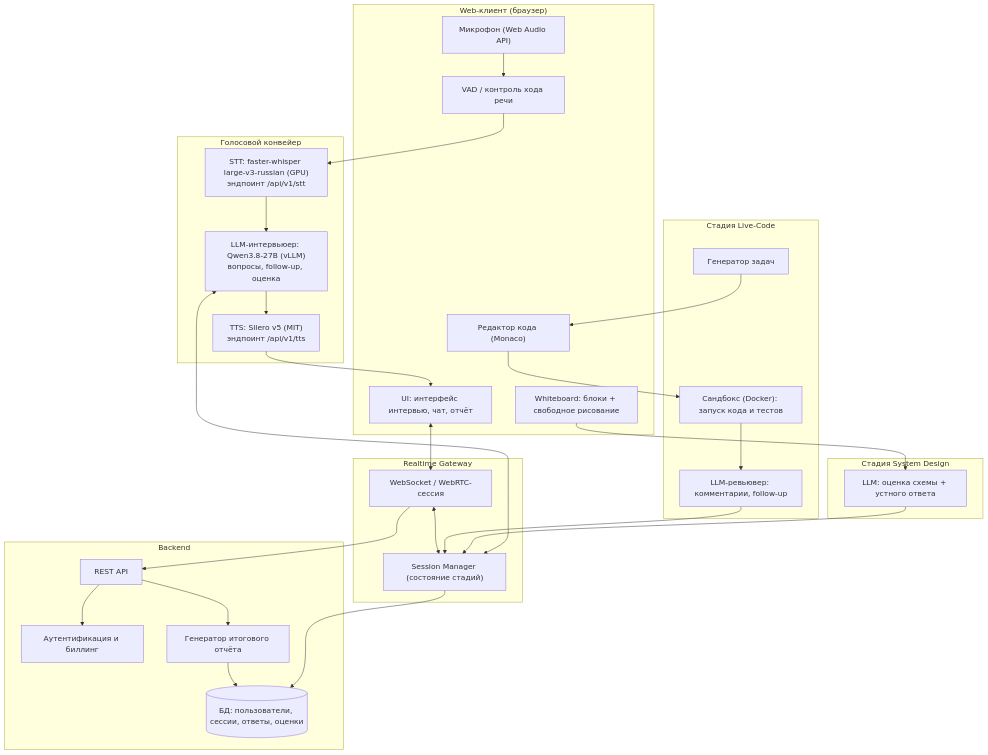
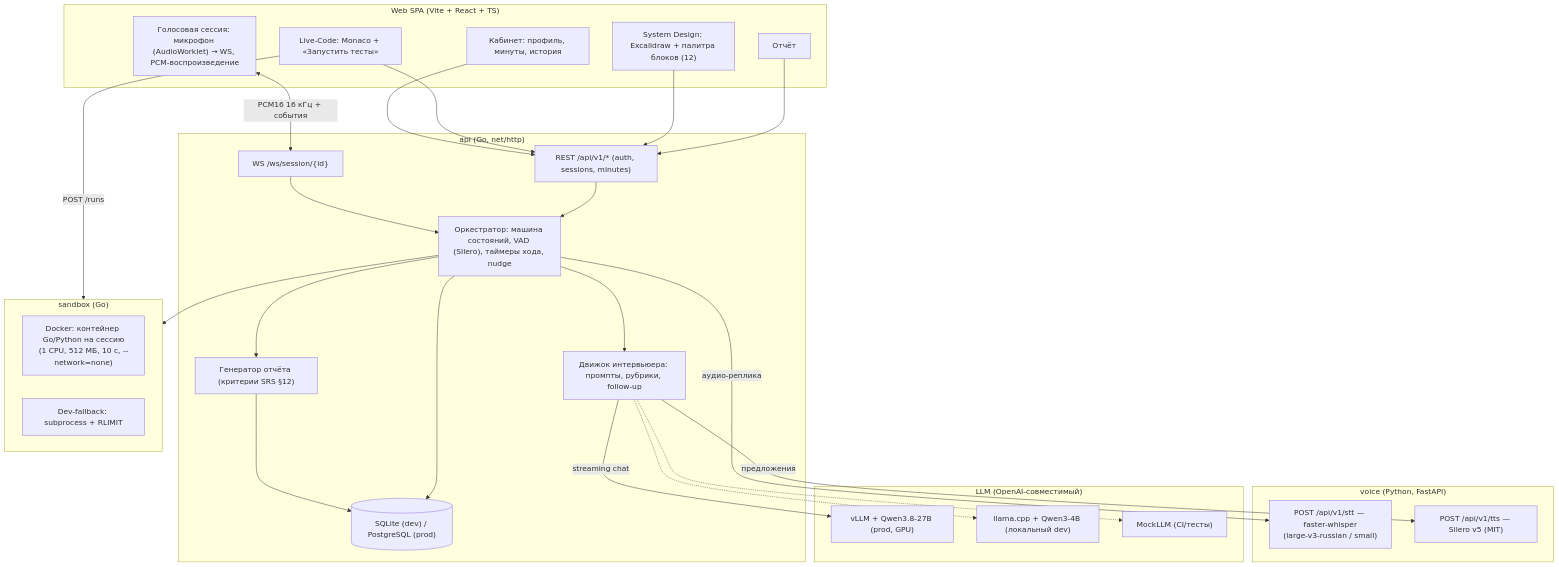
Before and after one commit to stelmakhdigital/Grade-IV: the first of 5 diagrams in ARCHITECTURE.md, drawn with Mermaid. The commit also changed other lines of this file and 11 other files, not shown here.

Commit message:
Design: ADR-001…006 (транспорт, голосовой конвейер, сандбокс, whiteboard, LLM-сервинг, бекэнд Go), архитектура v0.4, SRS v1.1, WBS WP-1…12 — phase gate (2026-09-09)

````diff
--- a/ARCHITECTURE.md
+++ b/ARCHITECTURE.md
@@ -19,58 +10,54 @@
 ```mermaid
 flowchart TB
-    subgraph Client["Web-клиент (браузер)"]
-        MIC["Микрофон (Web Audio API)"]
-        VAD["VAD / контроль хода речи"]
-        UI["UI: интерфейс интервью, чат, отчёт"]
-        MONACO["Редактор кода (Monaco)"]
-        WB["Whiteboard: блоки + свободное рисование"]
+    subgraph FE["Web SPA (Vite + React + TS)"]
+        CAB["Кабинет: профиль, минуты, история"]
+        VUI["Голосовая сессия: микрофон (AudioWorklet) → WS, PCM-воспроизведение"]
+        CUI["Live-Code: Monaco + «Запустить тесты»"]
+        WUI["System Design: Excalidraw + палитра блоков (12)"]
+        RUI["Отчёт"]
     end
 
-    subgraph GW["Realtime Gateway"]
-        WS["WebSocket / WebRTC-сессия"]
-        SM["Session Manager (состояние стадий)"]
+    subgraph API["api (Go, net/http)"]
+        REST["REST /api/v1/* (auth, sessions, minutes)"]
+        WSA["WS /ws/session/{id}"]
+        ORCH["Оркестратор: машина состояний, VAD (Silero), таймеры хода, nudge"]
+        IENG["Движок интервьюера: промпты, рубрики, follow-up"]
+        RGEN["Генератор отчёта (критерии SRS §12)"]
+        DB[("SQLite (dev) / PostgreSQL (prod)")]
     end
 
-    subgraph Voice["Голосовой конвейер"]
-        STT["STT: faster-whisper large-v3-russian (GPU)<br/>эндпоинт /api/v1/stt"]
-        LLM["LLM-интервьюер: Qwen3.8-27B (vLLM)<br/>вопросы, follow-up, оценка"]
-        TTS["TTS: Silero v5 (MIT)<br/>эндпоинт /api/v1/tts"]
+    subgraph VOICE["voice (Python, FastAPI)"]
+        STT["POST /api/v1/stt — faster-whisper<br/>(large-v3-russian / small)"]
+        TTS["POST /api/v1/tts — Silero v5 (MIT)"]
     end
 
-    subgraph CodeStage["Стадия Live-Code"]
-        PROB["Генератор задач"]
-        SBX["Сандбокс (Docker): запуск кода и тестов"]
-        REV["LLM-ревьювер: комментарии, follow-up"]
+    subgraph LLM["LLM (OpenAI-совместимый)"]
+        VLLM["vLLM + Qwen3.8-27B (prod, GPU)"]
+        LC["llama.cpp + Qwen3-4B (локальный dev)"]
+        MOCK["MockLLM (CI/тесты)"]
     end
 
-    subgraph DesignStage["Стадия System Design"]
-        EVALD["LLM: оценка схемы + устного ответа"]
+    subgraph SBX["sandbox (Go)"]
+        DK["Docker: контейнер Go/Python на сессию<br/>(1 CPU, 512 МБ, 10 с, --network=none)"]
+        SUBP["Dev-fallback: subprocess + RLIMIT"]
     end
 
-    subgraph Backend["Backend"]
-        API["REST API"]
-        AUTH["Аутентификация и биллинг"]
-        RPT["Генератор итогового отчёта"]
-        DB[("БД: пользователи, сессии, ответы, оценки")]
-    end
-
-    MIC --> VAD
-    VAD --> STT
-    STT --> LLM
-    LLM --> TTS
-    TTS --> UI
-    UI <--> WS
-    WS <--> SM
-    SM <--> LLM
-    PROB --> MONACO
-    MONACO --> SBX
-    SBX --> REV
-    REV --> SM
-    WB --> EVALD
-    EVALD --> SM
-    WS --> API
-    API --> AUTH
-    API --> RPT
-    RPT --> DB
-    SM --> DB
+    VUI <-->|PCM16 16 кГц + события| WSA
+    CAB --> REST
+    CUI --> REST
+    WUI --> REST
+    RUI --> REST
+    WSA --> ORCH
+    REST --> ORCH
+    ORCH --> IENG
+    ORCH --> RGEN
+    IENG -->|streaming chat| VLLM
+    IENG -.-> LC
+    IENG -.-> MOCK
+    ORCH -->|аудио-реплика| STT
+    IENG -->|предложения| TTS
+    CUI -->|POST /runs| SBX
+    ORCH --> SBX
+    RGEN --> DB
+    ORCH --> DB
 ```
````
